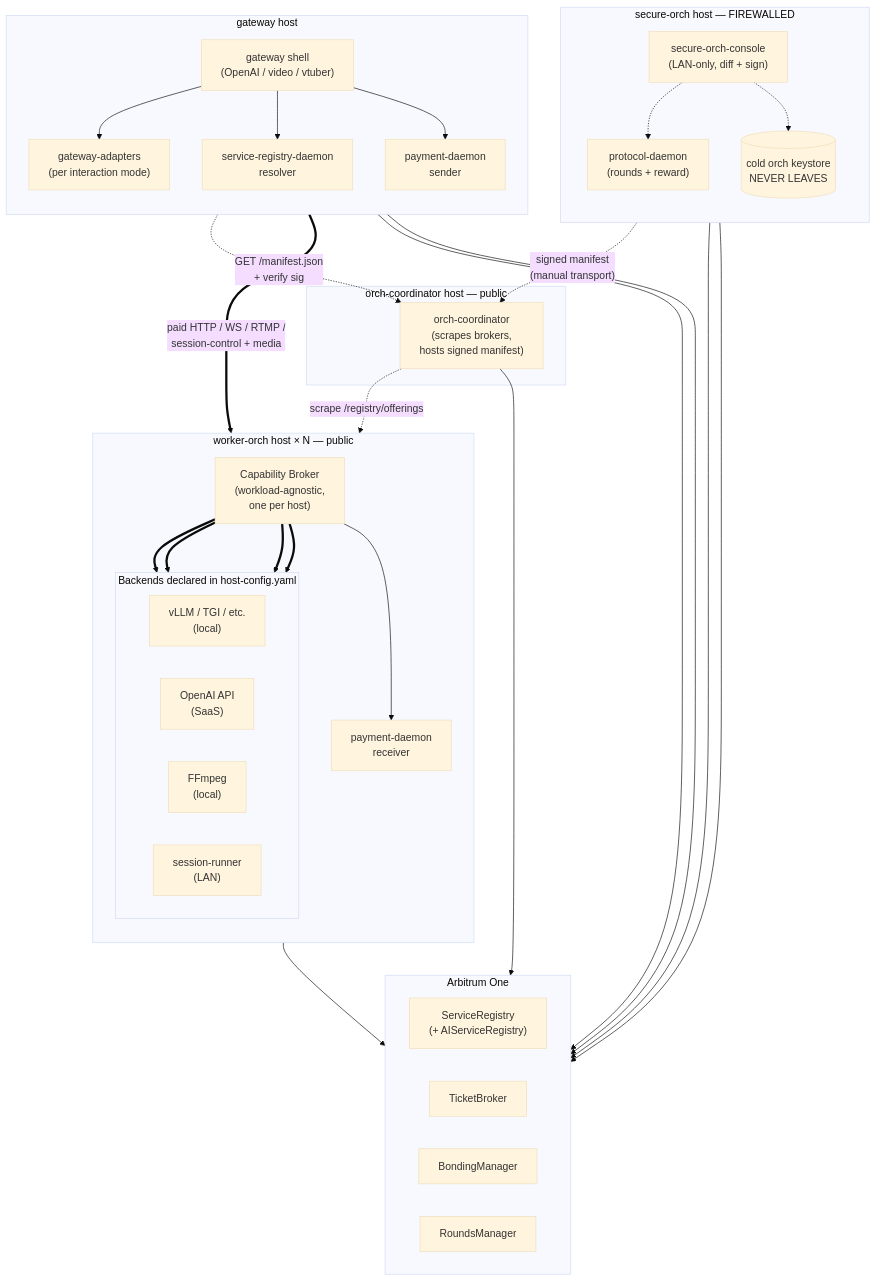
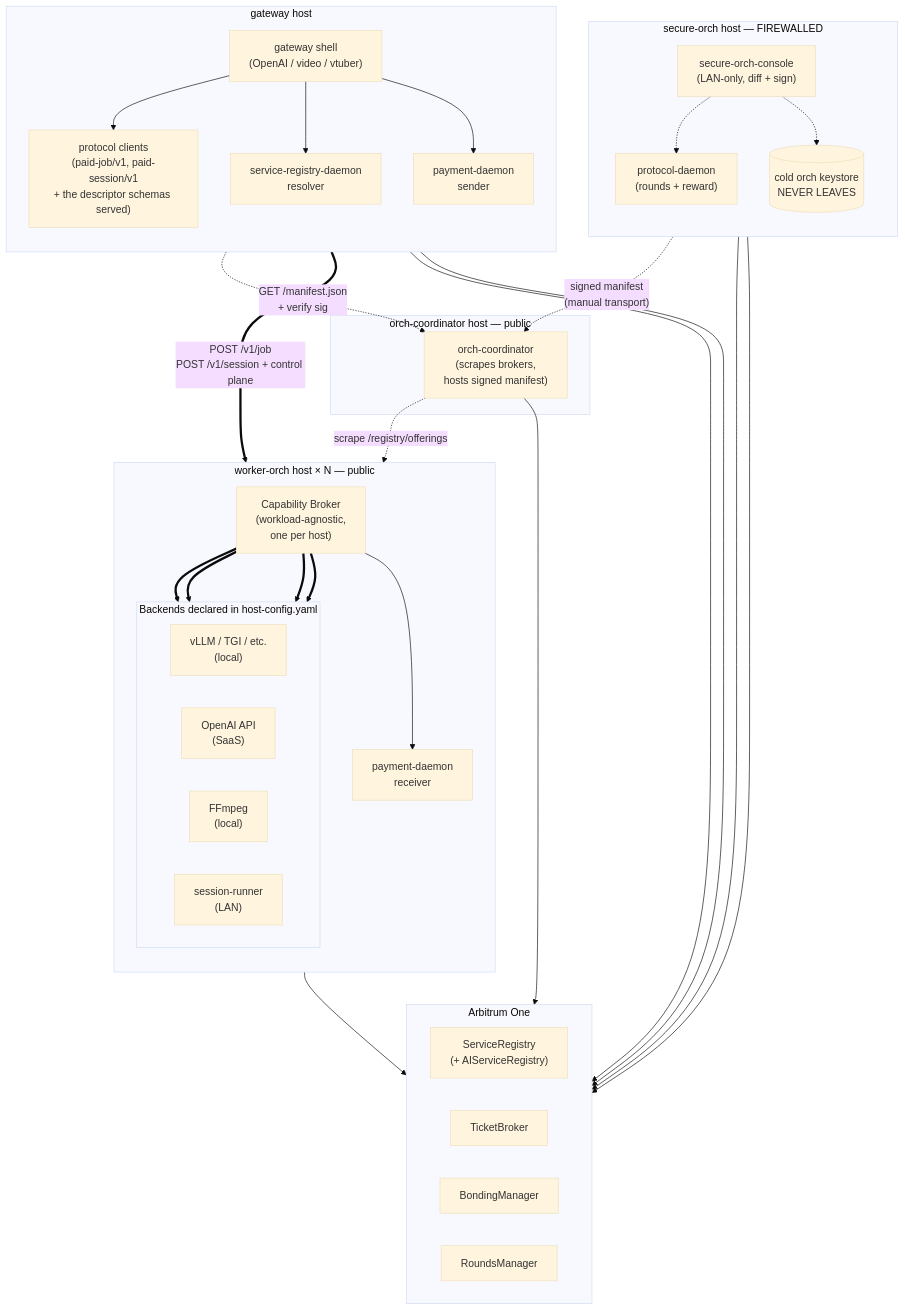
The first of 9 diagrams in docs/design-docs/architecture-overview.md (Cloud-SPE/livepeer-network-modules), drawn with Mermaid (base theme) before and after one commit. The commit also changed other lines of this file and 101 other files, not shown here.

````diff
--- a/docs/design-docs/architecture-overview.md
+++ b/docs/design-docs/architecture-overview.md
@@ -26,68 +26,68 @@
 ```mermaid
 flowchart TD
     subgraph chain["Arbitrum One"]
         direction LR
         SREG["ServiceRegistry<br/>(+ AIServiceRegistry)"]
         TB["TicketBroker"]
         BM["BondingManager"]
         RM["RoundsManager"]
     end
 
     subgraph secure_host["secure-orch host — FIREWALLED"]
         direction TB
         SOC["secure-orch-console<br/>(LAN-only, diff + sign)"]
         PRD["protocol-daemon<br/>(rounds + reward)"]
         COLD[("cold orch keystore<br/>NEVER LEAVES")]
     end
 
     subgraph coord_host["orch-coordinator host — public"]
         OC["orch-coordinator<br/>(scrapes brokers,<br/>hosts signed manifest)"]
     end
 
     subgraph worker_host["worker-orch host × N — public"]
         direction TB
         CB["Capability Broker<br/>(workload-agnostic,<br/>one per host)"]
         WPD["payment-daemon<br/>receiver"]
         subgraph backends["Backends declared in host-config.yaml"]
             direction LR
             VLLM["vLLM / TGI / etc.<br/>(local)"]
             OAIAPI["OpenAI API<br/>(SaaS)"]
             FFMPEG["FFmpeg<br/>(local)"]
             RUNNER["session-runner<br/>(LAN)"]
         end
     end
 
     subgraph gateway_host["gateway host"]
         direction TB
         GW["gateway shell<br/>(OpenAI / video / vtuber)"]
         GPD["payment-daemon<br/>sender"]
         SRD["service-registry-daemon<br/>resolver"]
-        ADAPT["gateway-adapters<br/>(per interaction mode)"]
+        PROTO["protocol clients<br/>(paid-job/v1, paid-session/v1<br/>+ the descriptor schemas served)"]
     end
 
     SOC -.-> PRD
     SOC -.-> COLD
     PRD --> RM
     PRD --> BM
 
     SOC -.->|"signed manifest<br/>(manual transport)"| OC
     OC -.->|"scrape /registry/offerings"| CB
     OC --> SREG
 
     SRD --> SREG
     SRD -.->|"GET /manifest.json<br/>+ verify sig"| OC
 
-    GW --> ADAPT
+    GW --> PROTO
     GW --> SRD
     GW --> GPD
     GPD --> TB
 
-    ADAPT ==>|"paid HTTP / WS / RTMP /<br/>session-control + media"| CB
+    PROTO ==>|"POST /v1/job<br/>POST /v1/session + control plane"| CB
     CB --> WPD
     WPD --> TB
 
     CB ==> VLLM
     CB ==> OAIAPI
     CB ==> FFMPEG
     CB ==> RUNNER
 ```
````
